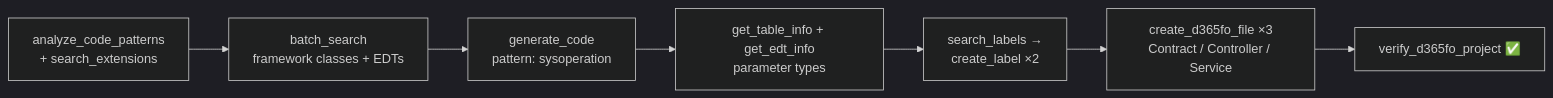
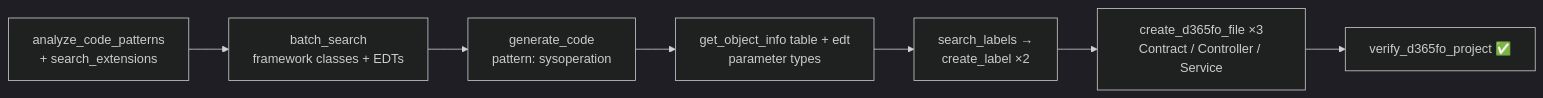
The third of 7 diagrams in docs/USAGE_EXAMPLES.md (DaylePWork/d365fo-mcp-server), drawn with Mermaid (dark theme) before and after one commit. The commit also changed other lines of this file and 57 other files, not shown here.

First line of the commit message:
feat: unify per-type readers under get_object_info

````diff
--- a/docs/USAGE_EXAMPLES.md
+++ b/docs/USAGE_EXAMPLES.md
@@ -71,9 +71,9 @@
 ```mermaid
 flowchart LR
     A[analyze_code_patterns<br/>+ search_extensions] --> B["batch_search<br/>framework classes + EDTs"]
     B --> C["generate_code<br/>pattern: sysoperation"]
-    C --> D["get_table_info + get_edt_info<br/>parameter types"]
+    C --> D["get_object_info table + edt<br/>parameter types"]
     D --> E["search_labels →<br/>create_label ×2"]
     E --> F["create_d365fo_file ×3<br/>Contract / Controller / Service"]
     F --> G[verify_d365fo_project ✅]
 ```
````
